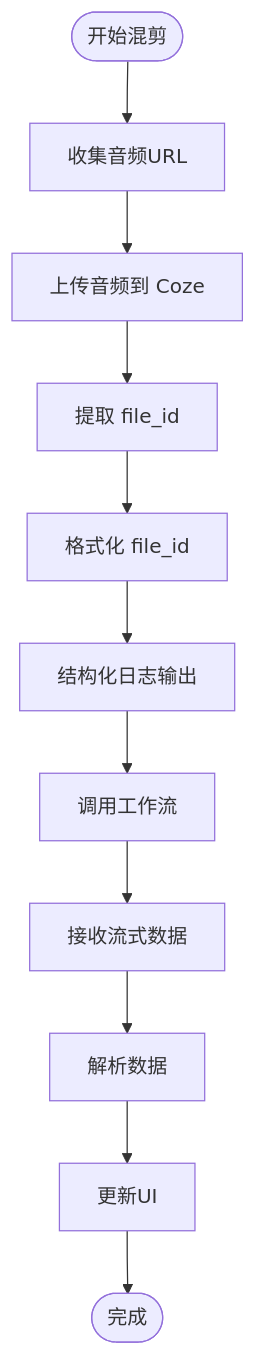
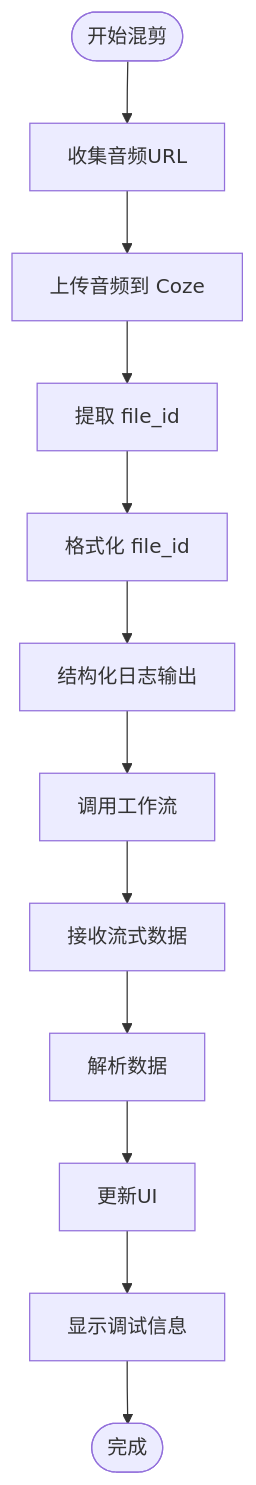
The eighth of 17 diagrams in .qoder/repowiki/zh/content/前端组件架构/页面组件/混剪功能页面.md (hanksd769-droid/sailshub), drawn with Mermaid before and after one commit. The commit also changed other lines of this file and 4 other files, not shown here.

````diff
--- a/.qoder/repowiki/zh/content/前端组件架构/页面组件/混剪功能页面.md
+++ b/.qoder/repowiki/zh/content/前端组件架构/页面组件/混剪功能页面.md
@@ -472,13 +500,14 @@
 ```mermaid
 flowchart TD
 Start([开始混剪]) --> CollectAudio[收集音频URL]
 CollectAudio --> UploadAudio[上传音频到 Coze]
 UploadAudio --> ExtractFileIds[提取 file_id]
 ExtractFileIds --> FormatFileIds[格式化 file_id]
 FormatFileIds --> LogParams[结构化日志输出]
 LogParams --> CallWorkflow[调用工作流]
 CallWorkflow --> StreamData[接收流式数据]
 StreamData --> ParseData[解析数据]
 ParseData --> UpdateUI[更新UI]
-UpdateUI --> End([完成])
+UpdateUI --> ShowDebug[显示调试信息]
+ShowDebug --> End([完成])
 ```
````
